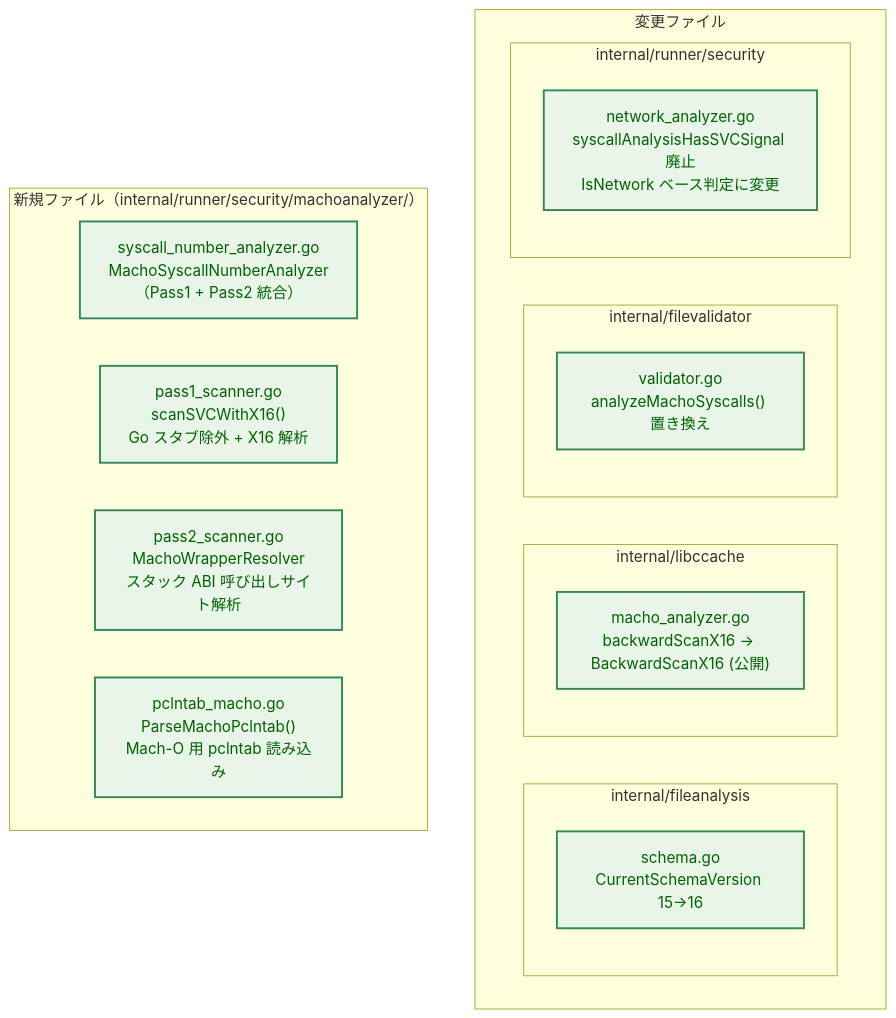
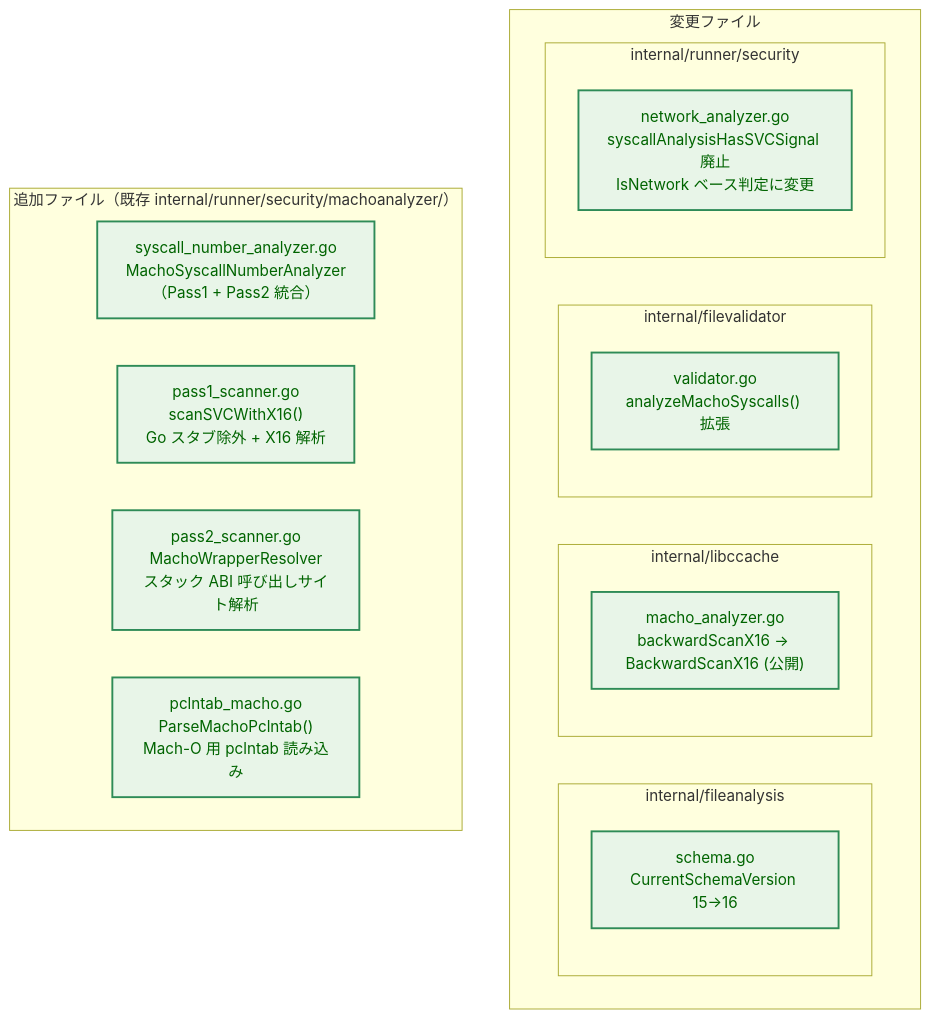
Before and after one commit to isseis/go-safe-cmd-runner: the third of 7 diagrams in docs/tasks/0104_macho_syscall_number_analysis/02_architecture.md, drawn with Mermaid. The commit also changed other lines of this file and 2 other files, not shown here.

````diff
--- a/docs/tasks/0104_macho_syscall_number_analysis/02_architecture.md
+++ b/docs/tasks/0104_macho_syscall_number_analysis/02_architecture.md
@@ -72,34 +76,34 @@
 ```mermaid
 graph TB
     classDef data fill:#e6f7ff,stroke:#1f77b4,stroke-width:1px,color:#0b3d91;
     classDef process fill:#fff1e6,stroke:#ff7f0e,stroke-width:1px,color:#8a3e00;
     classDef enhanced fill:#e8f5e8,stroke:#2e8b57,stroke-width:2px,color:#006400;
 
     subgraph "変更ファイル"
         subgraph "internal/fileanalysis"
             SA["schema.go<br>CurrentSchemaVersion 15→16"]
         end
 
         subgraph "internal/libccache"
             LA["macho_analyzer.go<br>backwardScanX16 → BackwardScanX16 (公開)"]
         end
 
         subgraph "internal/filevalidator"
-            VA["validator.go<br>analyzeMachoSyscalls() 置き換え"]
+            VA["validator.go<br>analyzeMachoSyscalls() 拡張"]
         end
 
         subgraph "internal/runner/security"
             NA["network_analyzer.go<br>syscallAnalysisHasSVCSignal 廃止<br>IsNetwork ベース判定に変更"]
         end
     end
 
-    subgraph "新規ファイル（internal/runner/security/machoanalyzer/）"
+    subgraph "追加ファイル（既存 internal/runner/security/machoanalyzer/）"
         AN["syscall_number_analyzer.go<br>MachoSyscallNumberAnalyzer<br>（Pass1 + Pass2 統合）"]
         P1["pass1_scanner.go<br>scanSVCWithX16()<br>Go スタブ除外 + X16 解析"]
         P2["pass2_scanner.go<br>MachoWrapperResolver<br>スタック ABI 呼び出しサイト解析"]
         PC["pclntab_macho.go<br>ParseMachoPclntab()<br>Mach-O 用 pclntab 読み込み"]
     end
 
     class SA,LA,VA,NA enhanced;
     class AN,P1,P2,PC enhanced;
 ```
````
